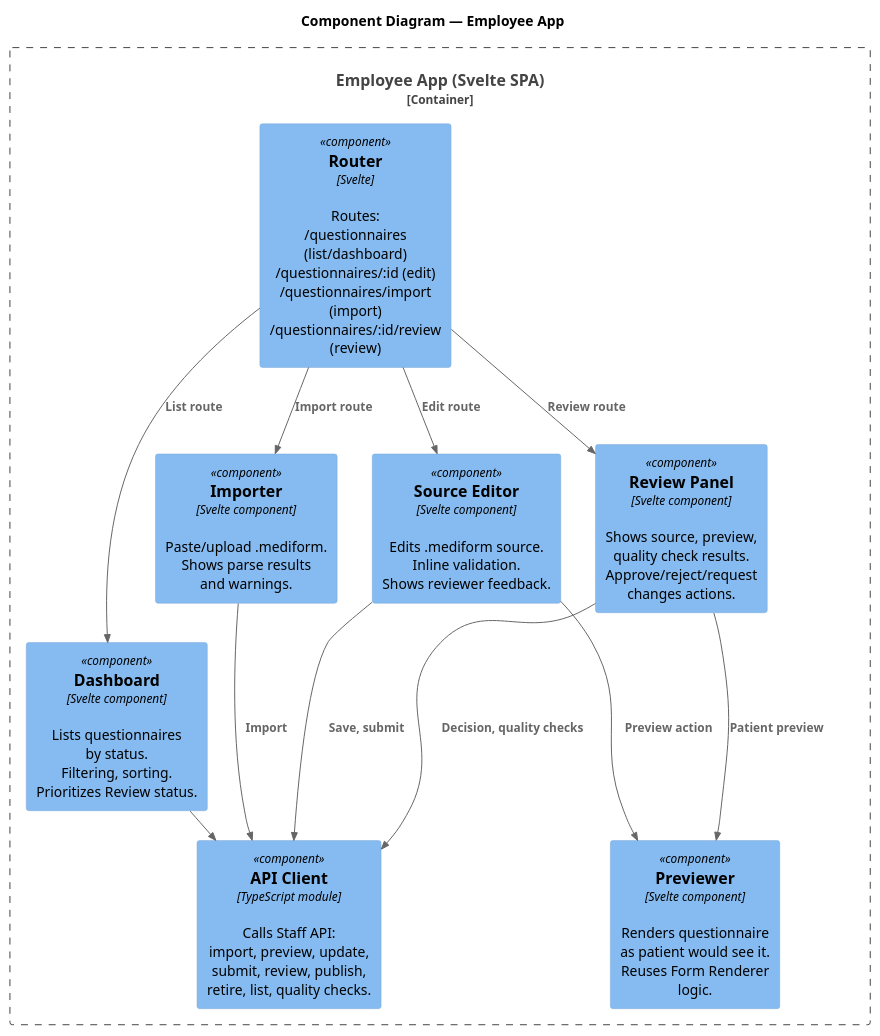
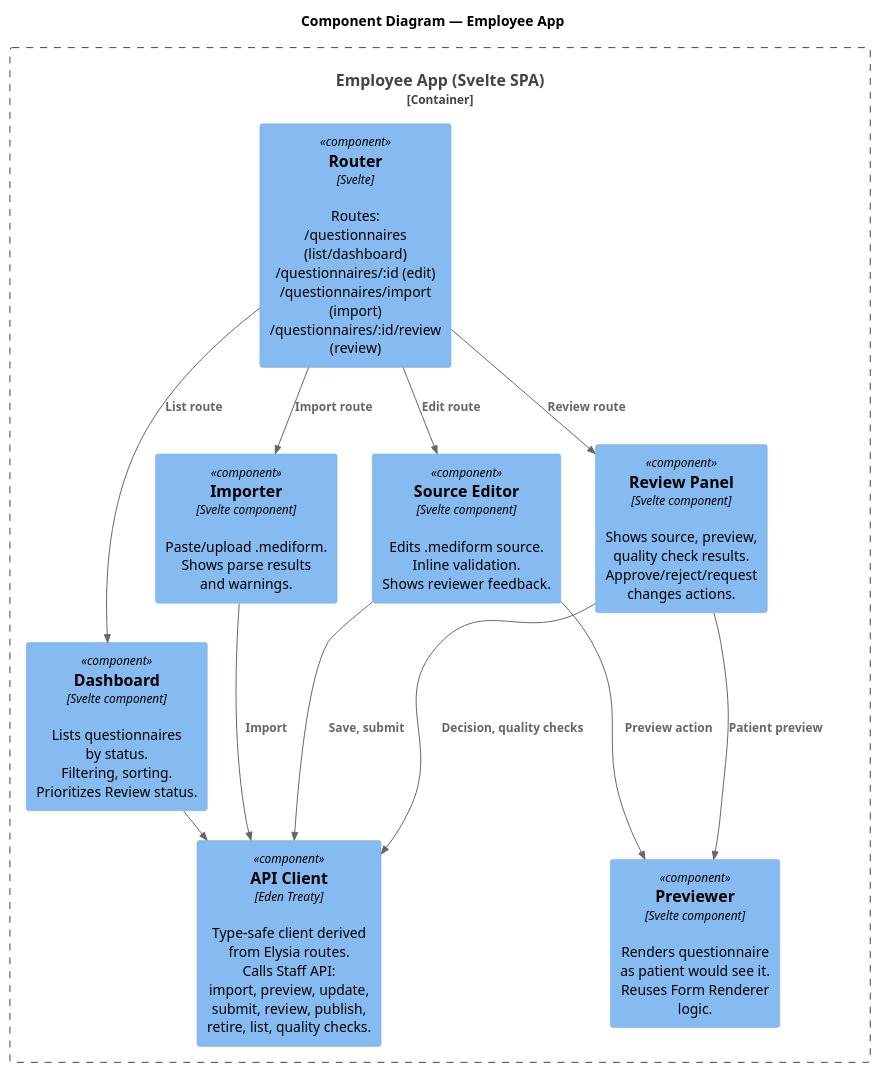
Before and after one commit to sebi-xitaso/mediform: the sixth of 14 diagrams in src/docs/arc42/architecture.adoc, drawn with PlantUML. The commit also changed other lines of this file and 3 other files, not shown here.

First line of the commit message:
docs: add ADR-007..010 (Eden Treaty, Biome, SQLite repo, pre-push hook), update PRD and specs

```diff
--- a/src/docs/arc42/architecture.adoc
+++ b/src/docs/arc42/architecture.adoc
@@ -363,37 +374,37 @@
 [plantuml]
 ----
 @startuml
 !include <C4/C4_Component>
 
 title Component Diagram — Employee App
 
 Container_Boundary(employee_spa, "Employee App (Svelte SPA)") {
 
   Component(e_router, "Router", "Svelte", "Routes:\n/questionnaires (list/dashboard)\n/questionnaires/:id (edit)\n/questionnaires/import (import)\n/questionnaires/:id/review (review)")
 
   Component(dashboard, "Dashboard", "Svelte component", "Lists questionnaires\nby status.\nFiltering, sorting.\nPrioritizes Review status.")
 
   Component(editor, "Source Editor", "Svelte component", "Edits .mediform source.\nInline validation.\nShows reviewer feedback.")
 
   Component(previewer, "Previewer", "Svelte component", "Renders questionnaire\nas patient would see it.\nReuses Form Renderer\nlogic.")
 
   Component(importer, "Importer", "Svelte component", "Paste/upload .mediform.\nShows parse results\nand warnings.")
 
   Component(review_panel, "Review Panel", "Svelte component", "Shows source, preview,\nquality check results.\nApprove/reject/request\nchanges actions.")
 
-  Component(e_api_client, "API Client", "TypeScript module", "Calls Staff API:\nimport, preview, update,\nsubmit, review, publish,\nretire, list, quality checks.")
+  Component(e_api_client, "API Client", "Eden Treaty", "Type-safe client derived\nfrom Elysia routes.\nCalls Staff API:\nimport, preview, update,\nsubmit, review, publish,\nretire, list, quality checks.")
 }
 
 Rel(e_router, dashboard, "List route")
 Rel(e_router, editor, "Edit route")
 Rel(e_router, importer, "Import route")
 Rel(e_router, review_panel, "Review route")
 Rel(editor, previewer, "Preview action")
 Rel(review_panel, previewer, "Patient preview")
 Rel_R(dashboard, e_api_client, "Fetch list")
 Rel(editor, e_api_client, "Save, submit")
 Rel(importer, e_api_client, "Import")
 Rel(review_panel, e_api_client, "Decision, quality checks")
 
 @enduml
 ----
```
